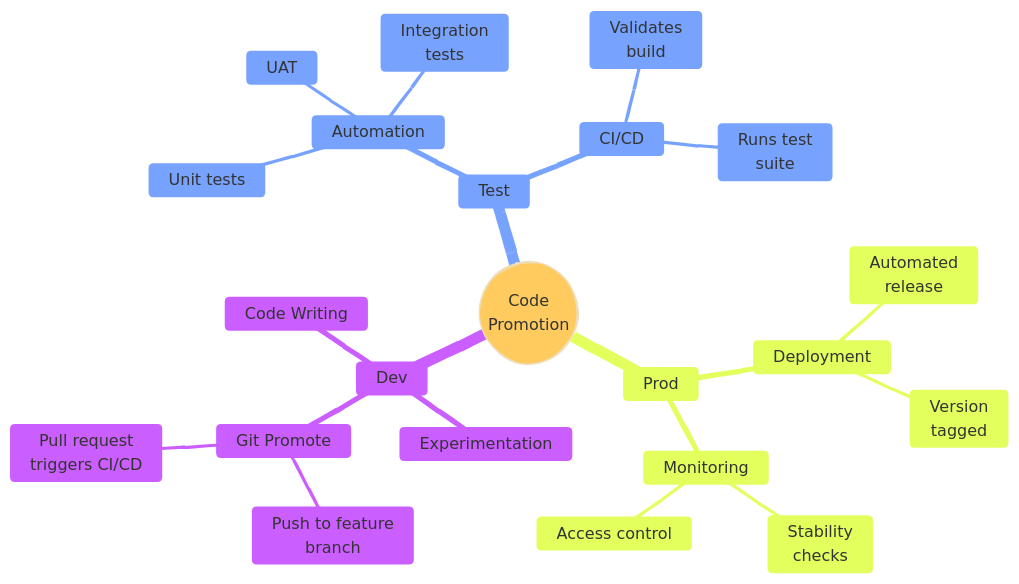
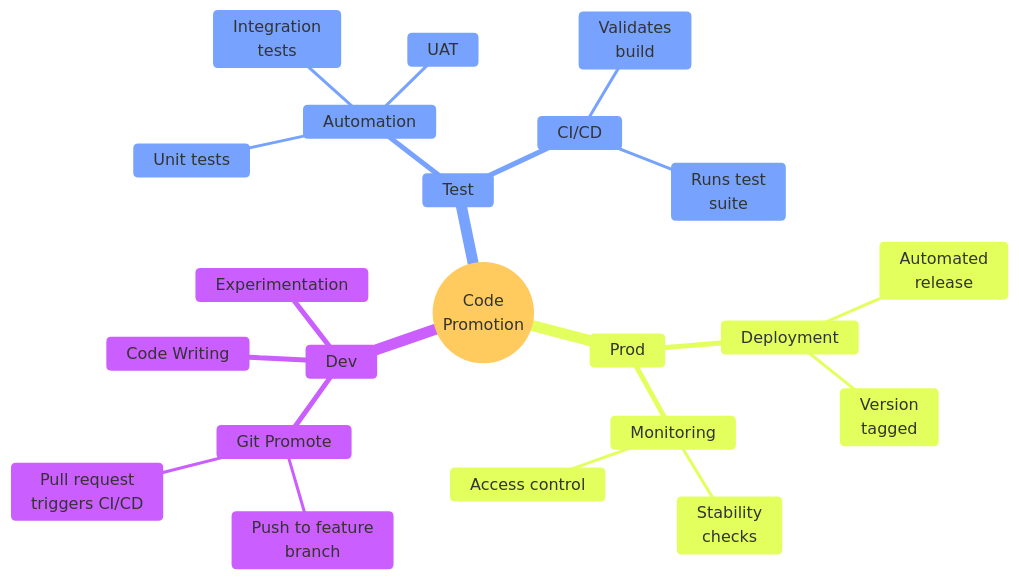
One commit to mjfrigaard/do4ds-labs changed the first of 4 diagrams in lab05.qmd. Above: the diagram before and after it, drawn with Mermaid. The commit also changed other lines of this file and 48 other files, not shown here.

````diff
--- a/lab05.qmd
+++ b/lab05.qmd
@@ -53,30 +53,30 @@
 ```{mermaid}
 %%| fig-cap: 'Data Science Environments'
 %%| fig-width: 7.0
-%%| fig-align: center
-%%{init: {'theme': 'base', 'look': 'handDrawn', 'themeVariables': {'fontFamily': 'monospace'}}}%%
+%%| fig-align: 'center'
+%%{init: {'theme': 'base', 'themeVariables': {'fontFamily': 'monospace'}}}%%
 mindmap
   root((Code<br>Promotion))
     Dev
       Code Writing
       Experimentation
       Git Promote
         Push to feature<br>branch
         Pull request<br>triggers CI/CD
     Test
       Automation
         Unit tests
         Integration<br>tests
         UAT
       CI/CD
         Validates<br>build
         Runs test<br>suite
     Prod
       Deployment
         Automated<br>release
         Version<br>tagged
       Monitoring
         Stability<br>checks
         Access control
 
 ```
````
